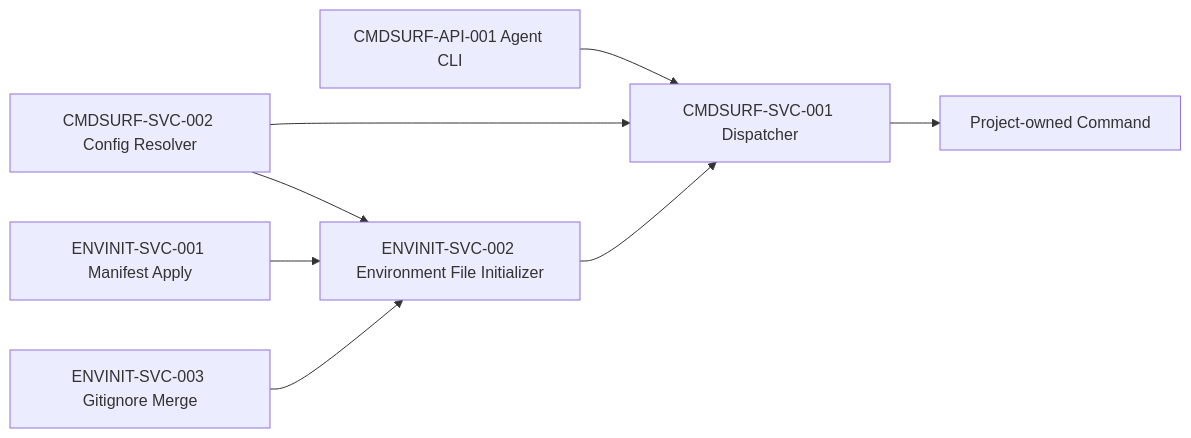
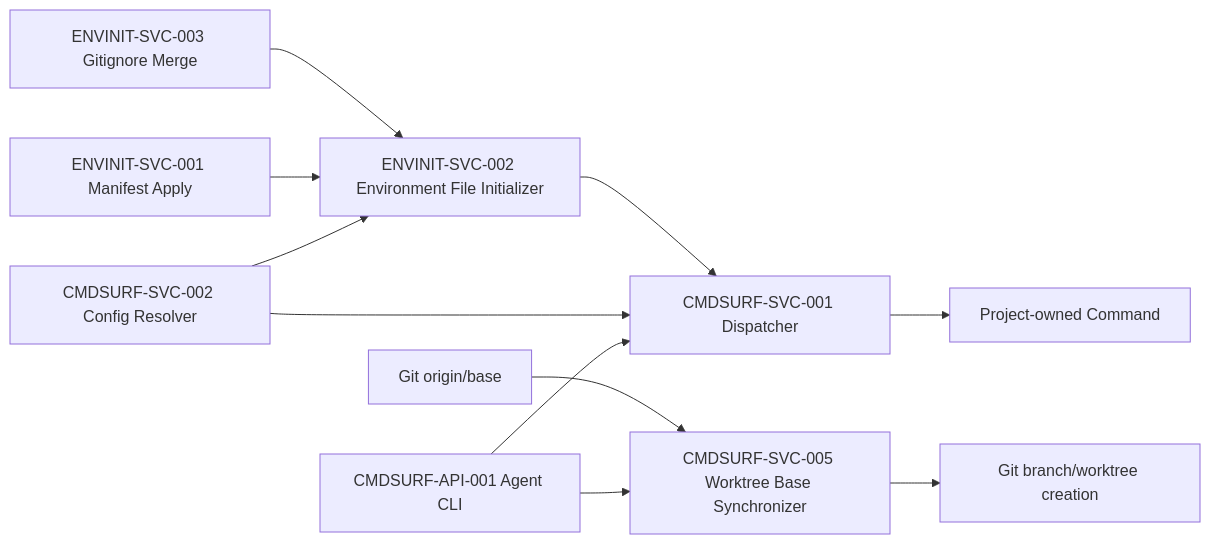
Before and after one commit to hollisyao2024/PromptsEngineering: the diagram in docs/data/component-dependency-graph.md, drawn with Mermaid. The commit also changed other lines of this file and 20 other files, not shown here.

Commit message:
chore: auto-commit before /tdd push (docs/prd-strict-worktree-base-synchronization) (#68)

````diff
--- a/docs/data/component-dependency-graph.md
+++ b/docs/data/component-dependency-graph.md
@@ -3,10 +3,13 @@
 ```mermaid
 flowchart LR
   API[CMDSURF-API-001 Agent CLI] --> D[CMDSURF-SVC-001 Dispatcher]
   C[CMDSURF-SVC-002 Config Resolver] --> D
   C --> I[CMDSURF-SVC-003 Container Directory Initializer]
   I --> D
   D --> P[Project-owned Command]
+  API --> B[CMDSURF-SVC-005 Worktree Base Synchronizer]
+  O[Git origin/base] --> B
+  B --> W[Git branch/worktree creation]
   M[ENVINIT-SVC-001 Manifest Apply] --> I[ENVINIT-SVC-002 Environment File Initializer]
   G[ENVINIT-SVC-003 Gitignore Merge] --> I
 ```
````
